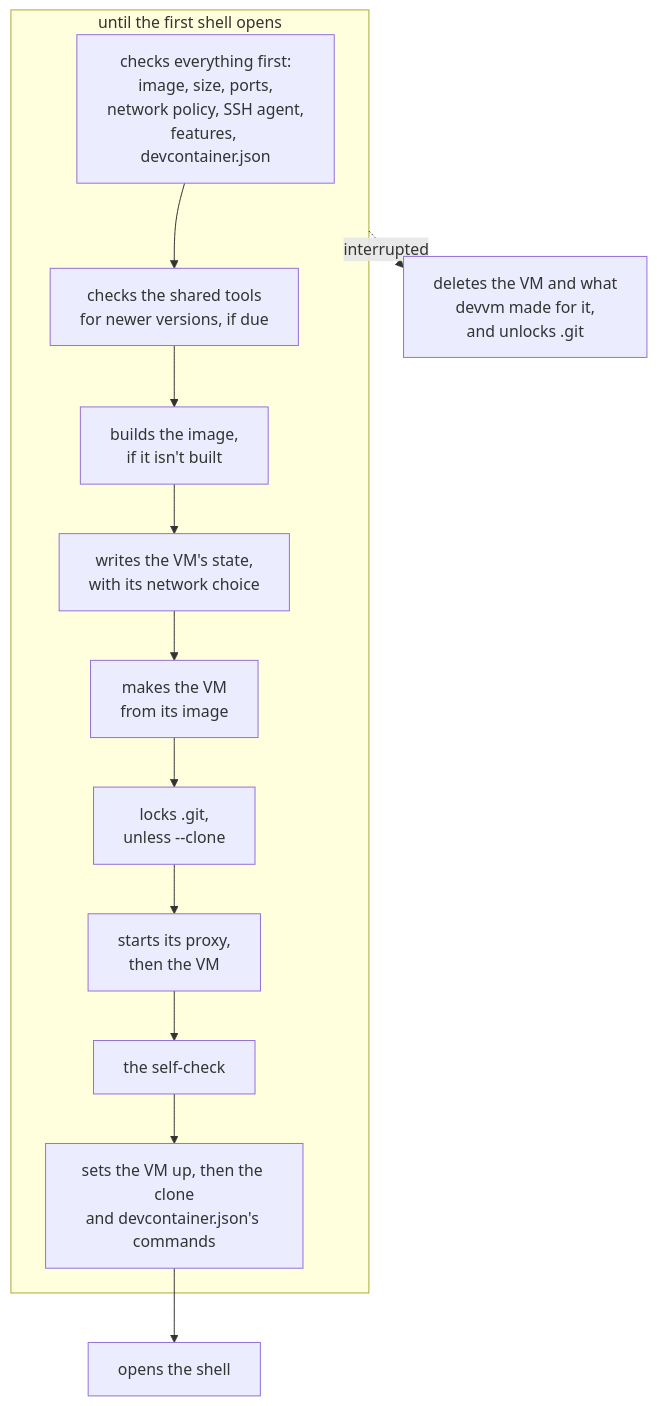
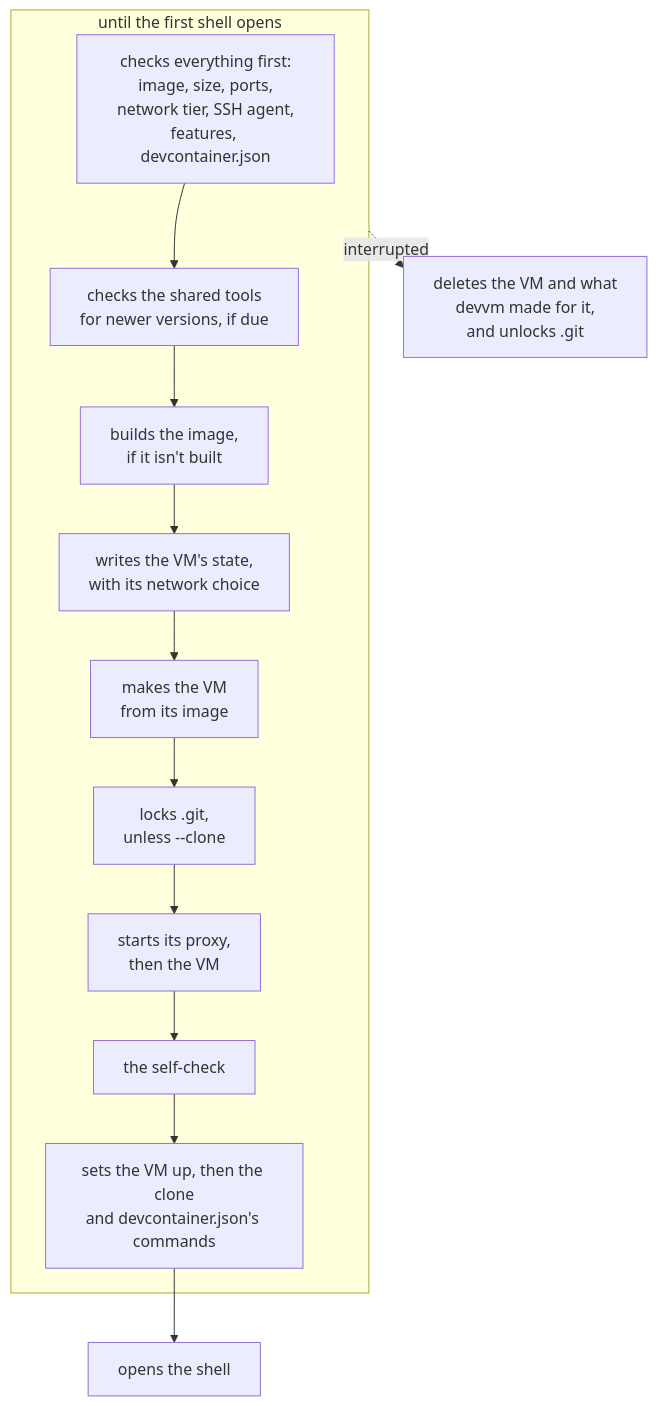
One commit to DustyPolk/devvm changed the diagram in docs/content/docs/internals/overview.md. Above: the diagram before and after it, drawn with Mermaid. The commit also changed other lines of this file and 45 other files, not shown here.

First line of the commit message:
docs: network tiers throughout, and the tools that ignore the proxy

````diff
--- a/docs/content/docs/internals/overview.md
+++ b/docs/content/docs/internals/overview.md
@@ -12,15 +12,15 @@
 ```mermaid
 flowchart TD
   subgraph before["until the first shell opens"]
-    check["checks everything first:<br>image, size, ports,<br>network policy, SSH agent,<br>features, devcontainer.json"] --> tools["checks the shared tools<br>for newer versions, if due"]
+    check["checks everything first:<br>image, size, ports,<br>network tier, SSH agent,<br>features, devcontainer.json"] --> tools["checks the shared tools<br>for newer versions, if due"]
     tools --> build["builds the image,<br>if it isn't built"]
     build --> state["writes the VM's state,<br>with its network choice"]
     state --> make["makes the VM<br>from its image"]
     make --> lock["locks .git,<br>unless --clone"]
     lock --> start["starts its proxy,<br>then the VM"]
     start --> self["the self-check"]
     self --> setup["sets the VM up, then the clone<br>and devcontainer.json's commands"]
   end
   setup --> shell["opens the shell"]
   before -. "interrupted" .-> undo["deletes the VM and what<br>devvm made for it,<br>and unlocks .git"]
 ```
````
